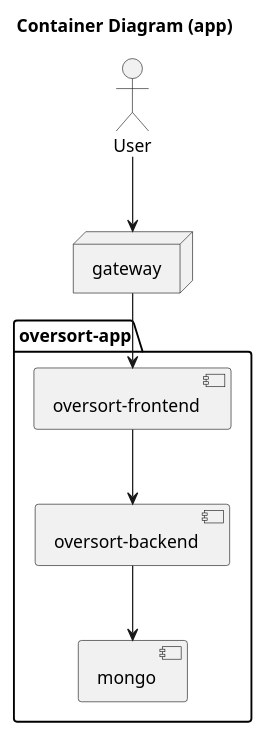
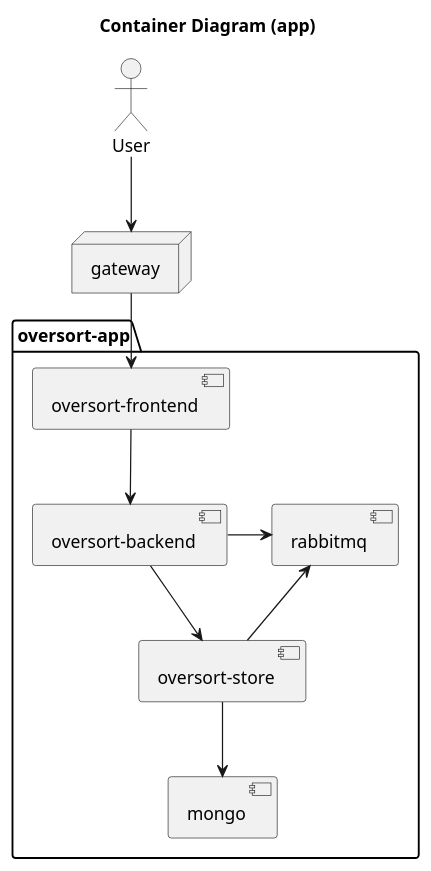
The diagram in docs/diagrams/container_app.puml (jamro/oversort), drawn with PlantUML before and after one commit. The commit also changed 26 other files, not shown here.

```diff
--- a/docs/diagrams/container_app.puml
+++ b/docs/diagrams/container_app.puml
@@ -1,20 +1,25 @@
 @startuml
 
 title Container Diagram (app)
 
 actor User
 node gateway
 
 package "oversort-app" {
   [oversort-frontend]
   [oversort-backend]
+  [oversort-store]
   [mongo]
+  [rabbitmq]
   [oversort-frontend] --> [oversort-backend]
-  [oversort-backend] --> [mongo]
+  [oversort-backend] -right-> [rabbitmq]
+  [oversort-backend] --> [oversort-store]
+  [rabbitmq] <-- [oversort-store]
+  [oversort-store] --> [mongo]
 
 }
 
 User --> [gateway]
 [gateway] --> [oversort-frontend]
 
 @enduml
```
